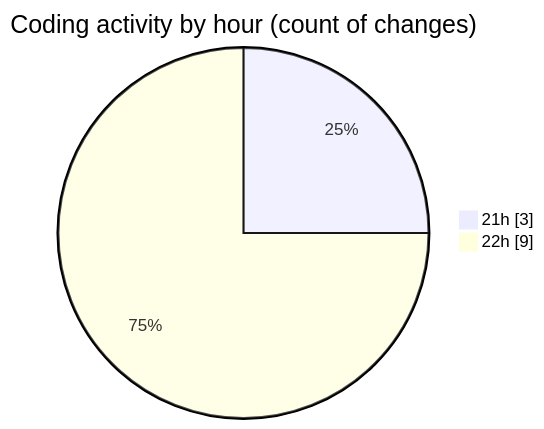
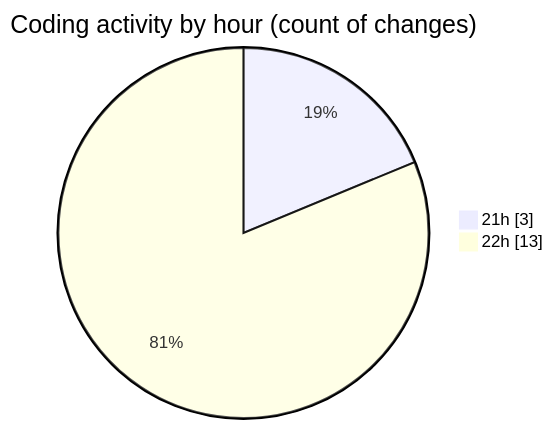
Before and after one commit to charlie-sans/code-tracking: the second of 2 diagrams in 2025-03-18/sharpmasm/README.md, drawn with Mermaid. The commit also changed other lines of this file and 1 other file, not shown here.

````diff
--- a/2025-03-18/sharpmasm/README.md
+++ b/2025-03-18/sharpmasm/README.md
@@ -31,6 +35,6 @@
 ```mermaid
 pie showData
 title Coding activity by hour (count of changes)
 "21h" : 3
-"22h" : 9
+"22h" : 13
 ```
````
